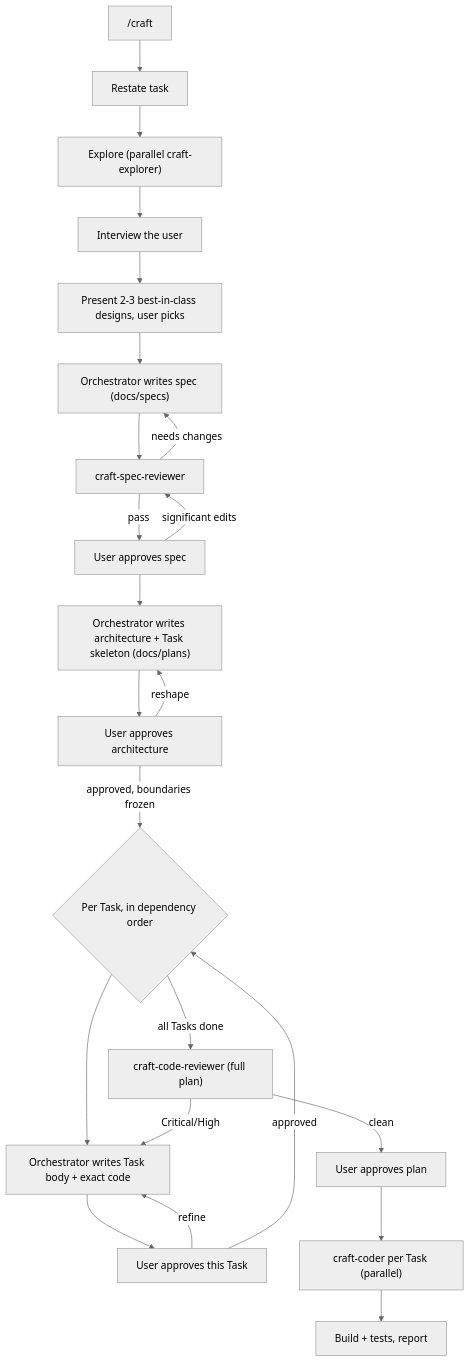
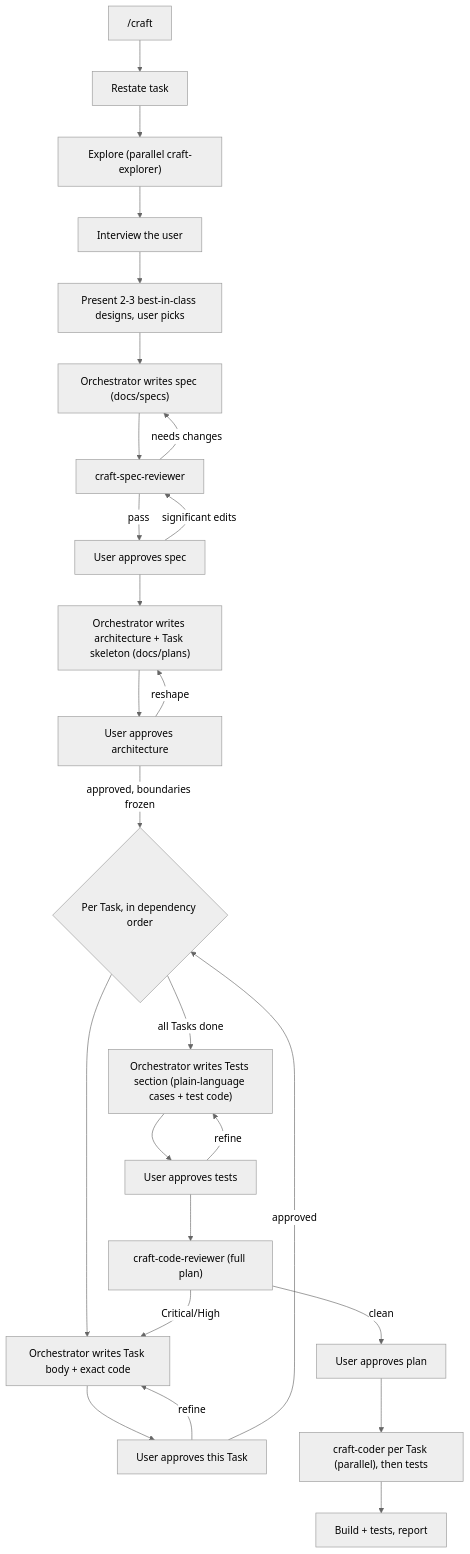
Before and after one commit to AidenHadisi/craft: the diagram in README.md, drawn with Mermaid (neutral theme). The commit also changed other lines of this file and 7 other files, not shown here.

First line of the commit message:
feat: move craft testing to a dedicated post-Task phase

````diff
--- a/README.md
+++ b/README.md
@@ -29,25 +29,28 @@
 ```mermaid
 flowchart TD
     start["/craft"] --> understand["Restate task"]
     understand --> explore["Explore (parallel craft-explorer)"]
     explore --> interview["Interview the user"]
     interview --> designs["Present 2-3 best-in-class designs, user picks"]
     designs --> spec["Orchestrator writes spec (docs/specs)"]
     spec --> specrev["craft-spec-reviewer"]
     specrev -->|needs changes| spec
     specrev -->|pass| userspec["User approves spec"]
     userspec -->|significant edits| specrev
     userspec --> decompose["Orchestrator writes architecture + Task skeleton (docs/plans)"]
     decompose --> archgate["User approves architecture"]
     archgate -->|reshape| decompose
     archgate -->|approved, boundaries frozen| taskloop{"Per Task, in dependency order"}
     taskloop --> design["Orchestrator writes Task body + exact code"]
     design --> taskgate["User approves this Task"]
     taskgate -->|refine| design
     taskgate -->|approved| taskloop
-    taskloop -->|all Tasks done| coderev["craft-code-reviewer (full plan)"]
+    taskloop -->|all Tasks done| tests["Orchestrator writes Tests section (plain-language cases + test code)"]
+    tests --> testgate["User approves tests"]
+    testgate -->|refine| tests
+    testgate --> coderev["craft-code-reviewer (full plan)"]
     coderev -->|Critical/High| design
     coderev -->|clean| userplan["User approves plan"]
-    userplan --> build["craft-coder per Task (parallel)"]
+    userplan --> build["craft-coder per Task (parallel), then tests"]
     build --> verify["Build + tests, report"]
 ```
````
